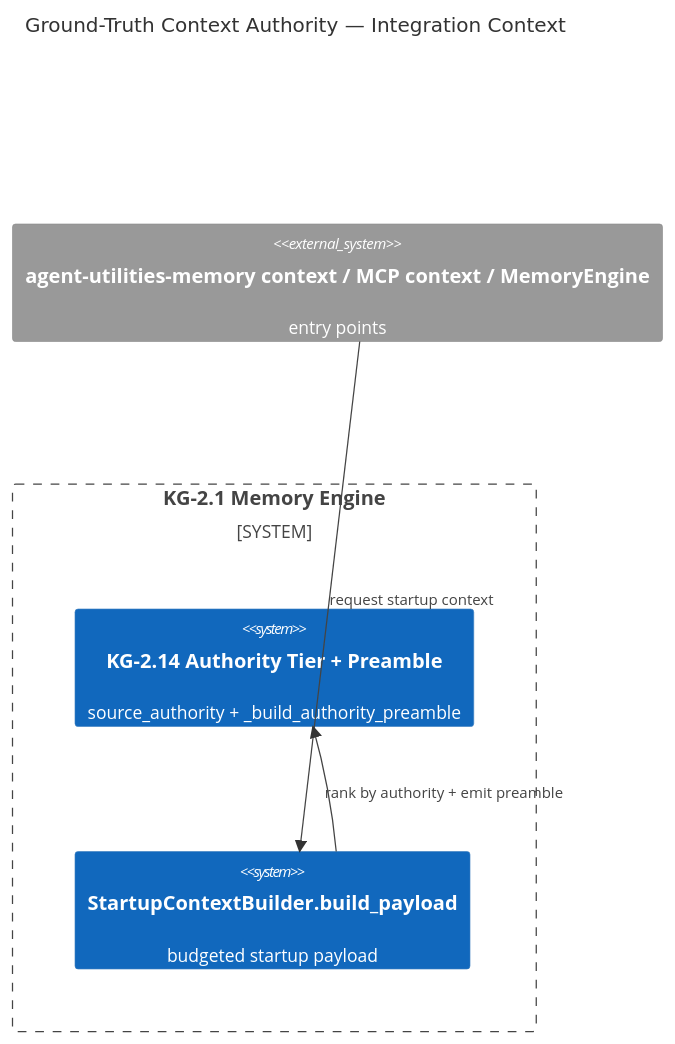
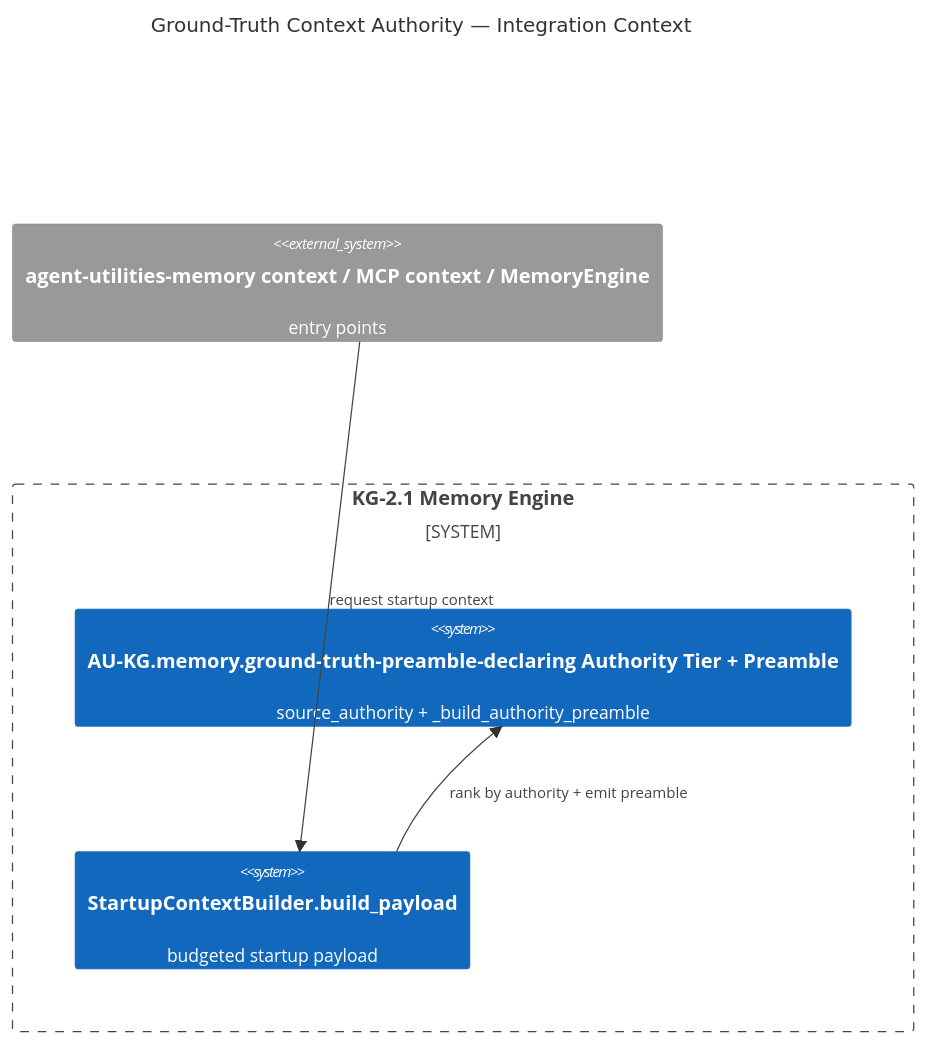
One commit to Knuckles-Team/agent-utilities changed the diagram in .specify/design/kg-2-14-ground-truth-hierarchy/design.md. Above: the diagram before and after it, drawn with Mermaid. The commit also changed other lines of this file and 2324 other files, not shown here.

````diff
--- a/.specify/design/kg-2-14-ground-truth-hierarchy/design.md
+++ b/.specify/design/kg-2-14-ground-truth-hierarchy/design.md
@@ -32,13 +32,13 @@
 ```mermaid
 C4Context
     title Ground-Truth Context Authority — Integration Context
 
     System_Boundary(b1, "KG-2.1 Memory Engine") {
-        System(auth, "KG-2.14 Authority Tier + Preamble", "source_authority + _build_authority_preamble")
+        System(auth, "AU-KG.memory.ground-truth-preamble-declaring Authority Tier + Preamble", "source_authority + _build_authority_preamble")
         System(builder, "StartupContextBuilder.build_payload", "budgeted startup payload")
     }
     System_Ext(cli, "agent-utilities-memory context / MCP context / MemoryEngine", "entry points")
 
     Rel(cli, builder, "request startup context")
     Rel(builder, auth, "rank by authority + emit preamble")
 ```
````
